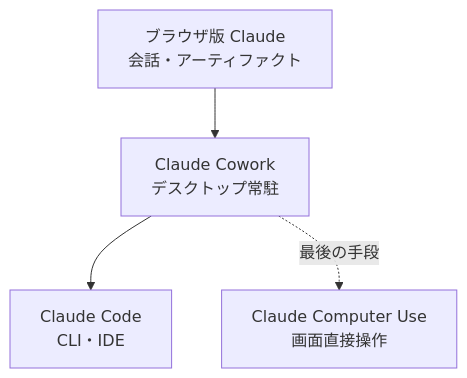
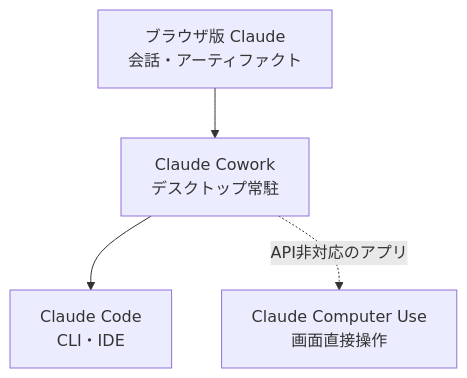
The first of 3 diagrams in docs/12-claude.md (ma2saka/docs-claude-sample), drawn with Mermaid before and after one commit. The commit also changed other lines of this file, not shown here.

Commit message:
Describe Computer Use by its use case, not as a last resort
"他の道が塞がれたときの最後の選択肢として残しておきます" carries a
"avoid unless forced" nuance that the book does not intend. Describe
Computer Use by the situation it fits (API・連携機能のないアプリを
画面越しに操作したい場面) and drop the "最後の手段" edge label on the
Mermaid diagram, so readers judge fit on the actual use case instead of
an implied warning.

Refs #50

````diff
--- a/docs/12-claude.md
+++ b/docs/12-claude.md
@@ -28,6 +28,6 @@
 ```mermaid
 flowchart TB
     B[ブラウザ版 Claude<br/>会話・アーティファクト] --> C[Claude Cowork<br/>デスクトップ常駐]
     C --> K[Claude Code<br/>CLI・IDE]
-    C -.最後の手段.-> U[Claude Computer Use<br/>画面直接操作]
+    C -.API非対応のアプリ.-> U[Claude Computer Use<br/>画面直接操作]
 ```
````
